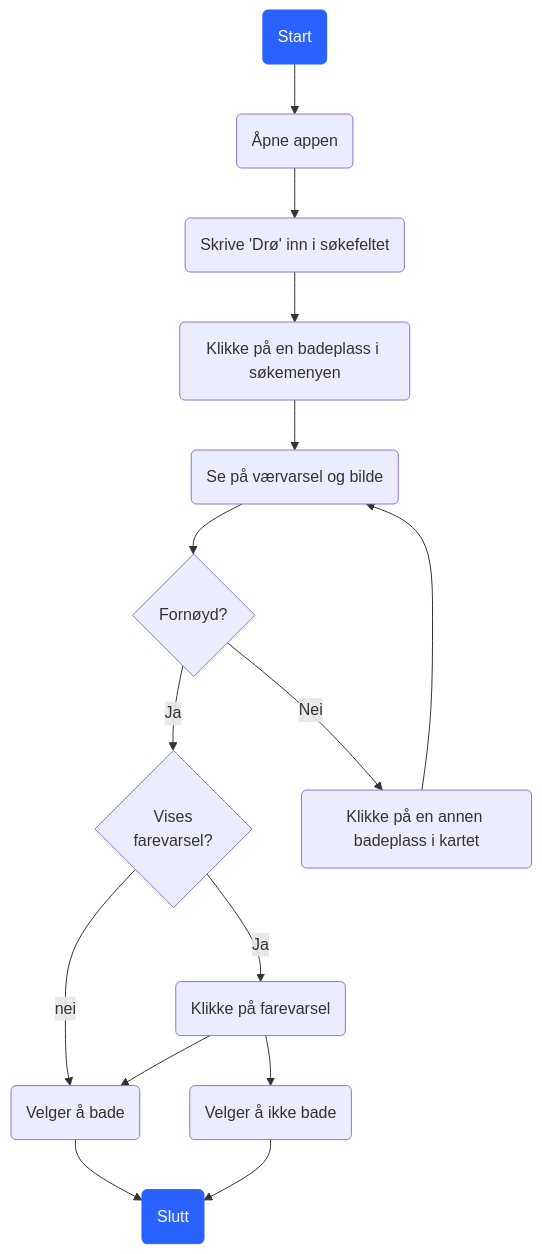
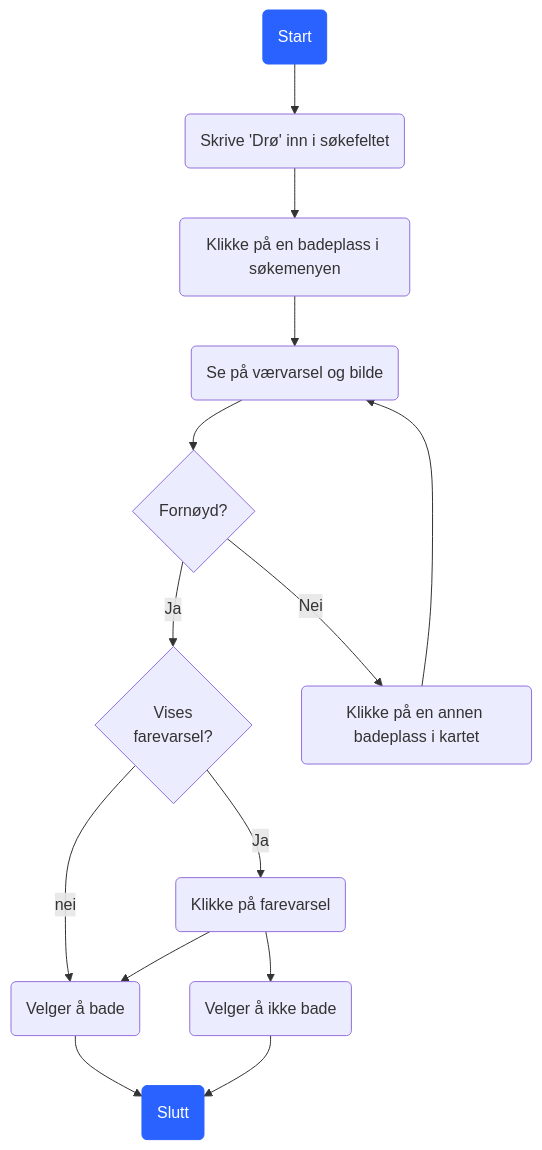
One commit to priyanshuaroraa1/Android-studio-sysdev changed the second of 7 diagrams in MODELING.md. Above: the diagram before and after it, drawn with Mermaid.

````diff
--- a/MODELING.md
+++ b/MODELING.md
@@ -97,29 +97,28 @@
 ```mermaid
 flowchart TD
 %% Nodes
     A(Start)
-    B(Åpne appen)
     C(Skrive 'Drø' inn i søkefeltet)
     D(Klikke på en badeplass i søkemenyen)
     E(Se på værvarsel og bilde)
     F(Klikke på en annen badeplass i kartet)
     G(Klikke på farevarsel)
     H(Slutt)
     I{Fornøyd?}
     J{Vises\nfarevarsel?}
     K(Velger å bade)
     L(Velger å ikke bade)
 
 
 %% Edge connections between nodes
-    A --> B --> C --> D --> E 
+    A --> C --> D --> E 
     E --> I -- Ja --> J -- nei --> K
     J -- Ja --> G
     I -- Nei --> F --> E
     G --> K --> H
     G --> L --> H
 
 
     style A color:#FFFFFF, stroke:#2962FF, fill:#2962FF
     style H color:#FFFFFF, stroke:#2962FF, fill:#2962FF
 ```
````
